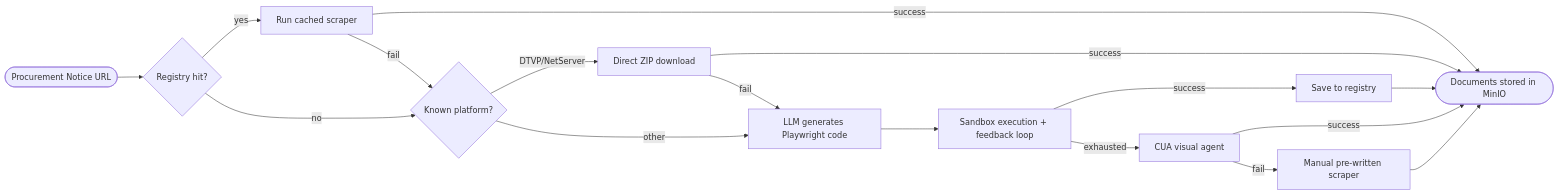
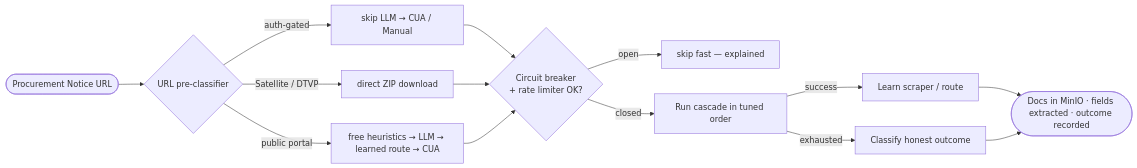
Before and after one commit to Siddharthpatni/Project-1: the first of 2 diagrams in README.md, drawn with Mermaid. The commit also changed other lines of this file and 9 other files, not shown here.

````diff
--- a/README.md
+++ b/README.md
@@ -61,18 +66,13 @@
 ```mermaid
 flowchart LR
-    A([Procurement Notice URL]) --> B{Registry hit?}
-    B -- yes --> C[Run cached scraper]
-    B -- no --> D{Known platform?}
-    C -- success --> Z
-    C -- fail --> D
-    D -- DTVP/NetServer --> E[Direct ZIP download]
-    D -- other --> F[LLM generates Playwright code]
-    E -- success --> Z
-    E -- fail --> F
-    F --> G[Sandbox execution + feedback loop]
-    G -- success --> H[Save to registry] --> Z
-    G -- exhausted --> I[CUA visual agent]
-    I -- success --> Z
-    I -- fail --> J[Manual pre-written scraper]
-    J --> Z([Documents stored in MinIO])
+    A([Procurement Notice URL]) --> P{URL pre-classifier}
+    P -->|auth-gated| AG[skip LLM → CUA / Manual]
+    P -->|Satellite / DTVP| DET[direct ZIP download]
+    P -->|public portal| CAS[free heuristics → LLM → learned route → CUA]
+    AG & DET & CAS --> CB{Circuit breaker<br/>+ rate limiter OK?}
+    CB -- open --> SKIP[skip fast — explained]
+    CB -- closed --> RUN[Run cascade in tuned order]
+    RUN -- success --> SAVE[Learn scraper / route] --> Z
+    RUN -- exhausted --> BUCKET[Classify honest outcome] --> Z
+    Z([Docs in MinIO · fields extracted · outcome recorded])
 ```
````
